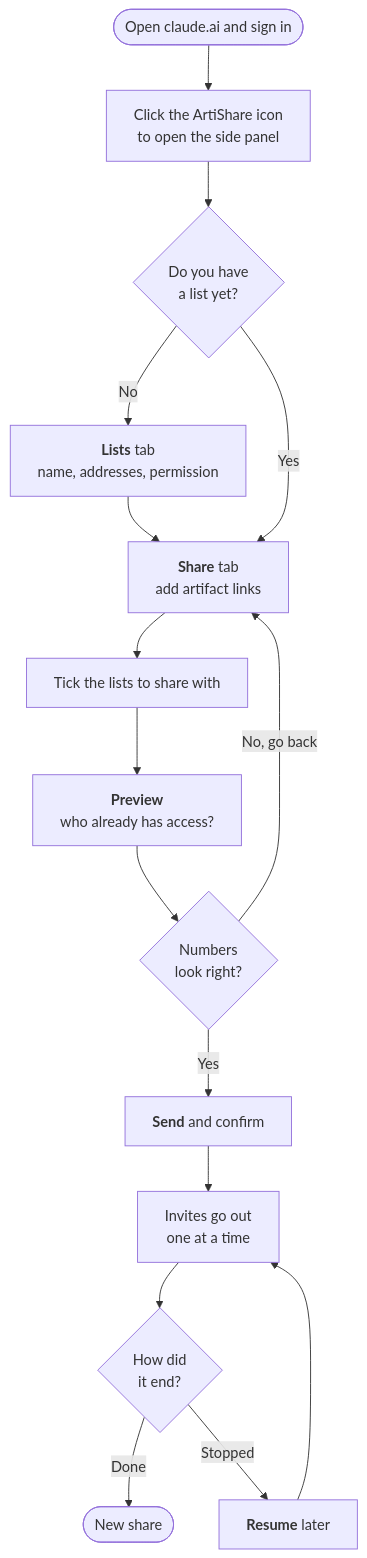
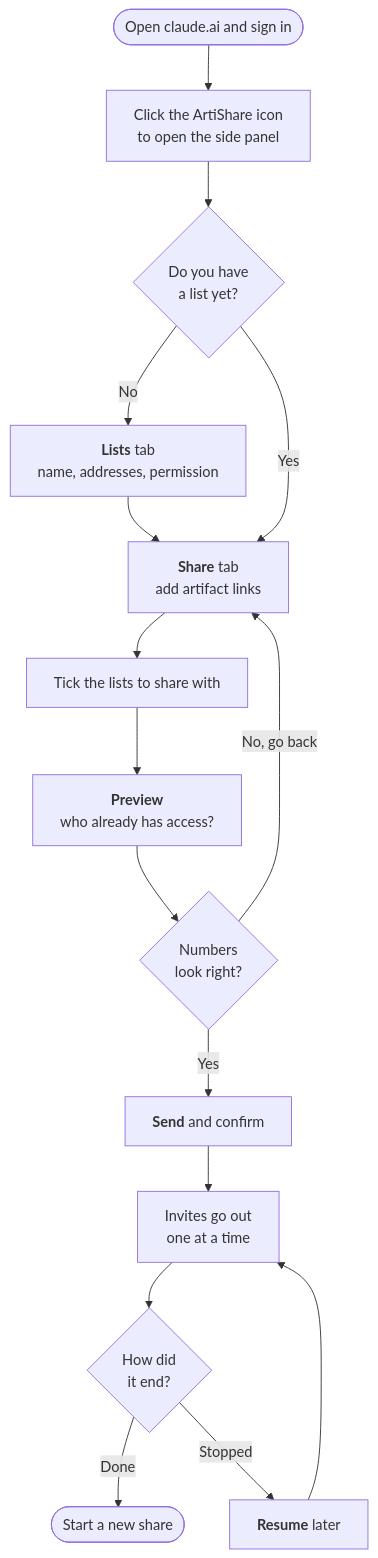
Before and after one commit to vantung220902/ArtiShare: the diagram in README.md, drawn with Mermaid. The commit also changed other lines of this file and 3 other files, not shown here.

Commit message:
F018: Describe the optional list name, cowork links, copy button and Start a new share in the docs

````diff
--- a/README.md
+++ b/README.md
@@ -26,18 +26,18 @@
 ```mermaid
 flowchart TD
     A([Open claude.ai and sign in]) --> B[Click the ArtiShare icon<br/>to open the side panel]
     B --> C{Do you have<br/>a list yet?}
     C -- No --> D[<b>Lists</b> tab<br/>name, addresses, permission]
     D --> E
     C -- Yes --> E[<b>Share</b> tab<br/>add artifact links]
     E --> F[Tick the lists to share with]
     F --> G[<b>Preview</b><br/>who already has access?]
     G --> H{Numbers<br/>look right?}
     H -- No, go back --> E
     H -- Yes --> I[<b>Send</b> and confirm]
     I --> J[Invites go out<br/>one at a time]
     J --> K{How did<br/>it end?}
-    K -- Done --> L([New share])
+    K -- Done --> L([Start a new share])
     K -- Stopped --> M[<b>Resume</b> later]
     M --> J
 ```
````
